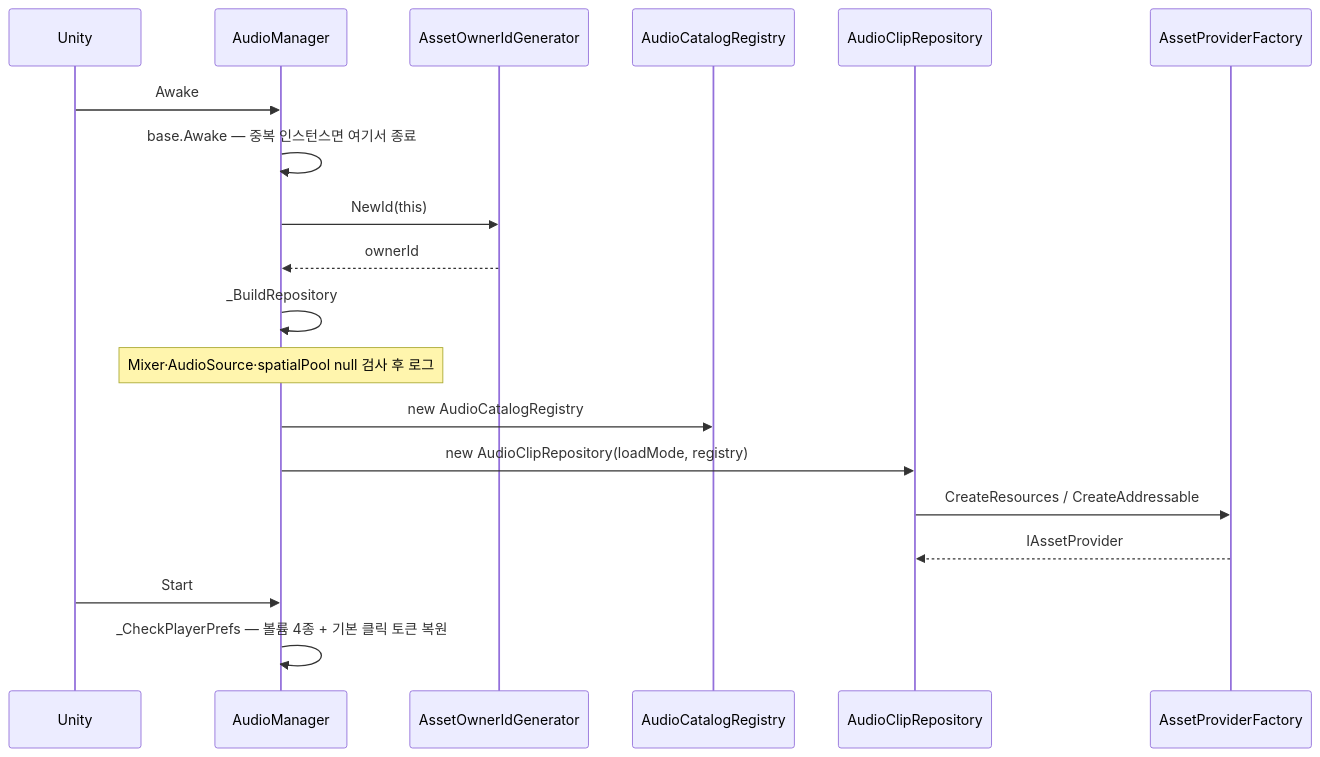
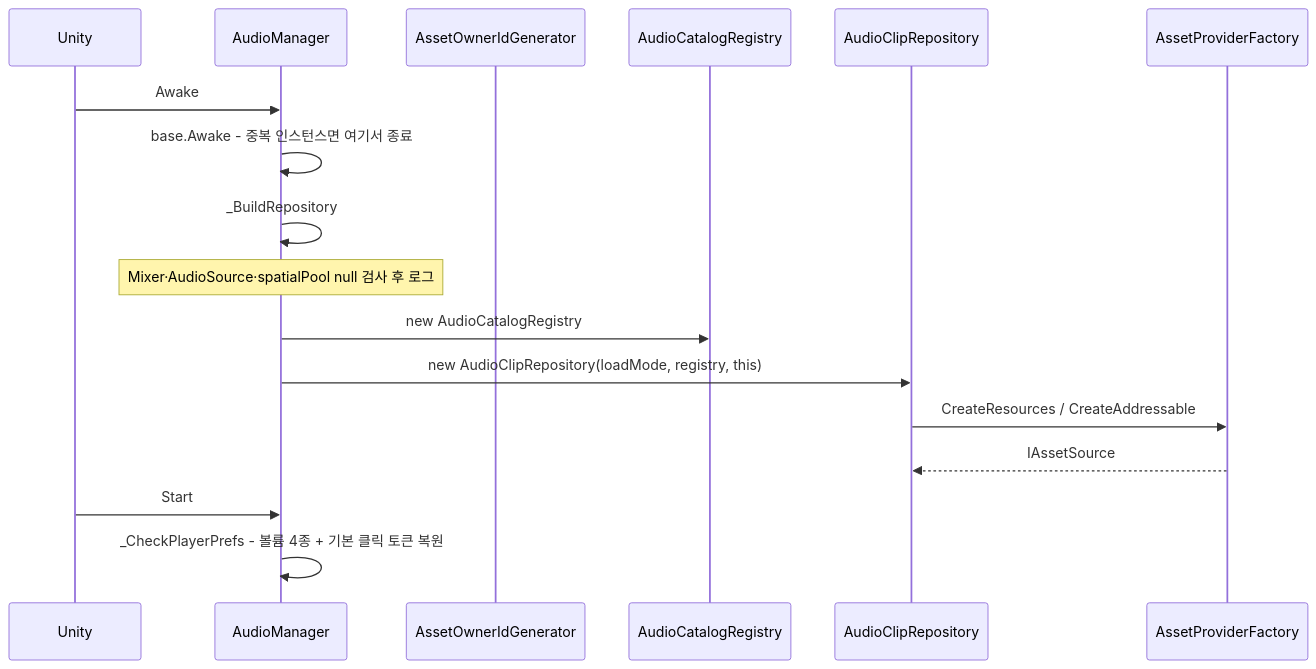
Before and after one commit to HoHong123/HCUP-Unity: the third of 9 diagrams in HAudio/Runtime/README.md, drawn with Mermaid. The commit also changed other lines of this file, not shown here.

````diff
--- a/HAudio/Runtime/README.md
+++ b/HAudio/Runtime/README.md
@@ -144,22 +144,20 @@
 ```mermaid
 sequenceDiagram
     participant U as Unity
     participant AM as AudioManager
     participant GEN as AssetOwnerIdGenerator
     participant REG as AudioCatalogRegistry
     participant REPO as AudioClipRepository
     participant F as AssetProviderFactory
 
     U->>AM: Awake
-    AM->>AM: base.Awake — 중복 인스턴스면 여기서 종료
-    AM->>GEN: NewId(this)
-    GEN-->>AM: ownerId
+    AM->>AM: base.Awake - 중복 인스턴스면 여기서 종료
     AM->>AM: _BuildRepository
     Note over AM: Mixer·AudioSource·spatialPool null 검사 후 로그
     AM->>REG: new AudioCatalogRegistry
-    AM->>REPO: new AudioClipRepository(loadMode, registry)
+    AM->>REPO: new AudioClipRepository(loadMode, registry, this)
     REPO->>F: CreateResources / CreateAddressable
-    F-->>REPO: IAssetProvider
+    F-->>REPO: IAssetSource
     U->>AM: Start
-    AM->>AM: _CheckPlayerPrefs — 볼륨 4종 + 기본 클릭 토큰 복원
+    AM->>AM: _CheckPlayerPrefs - 볼륨 4종 + 기본 클릭 토큰 복원
 ```
````
